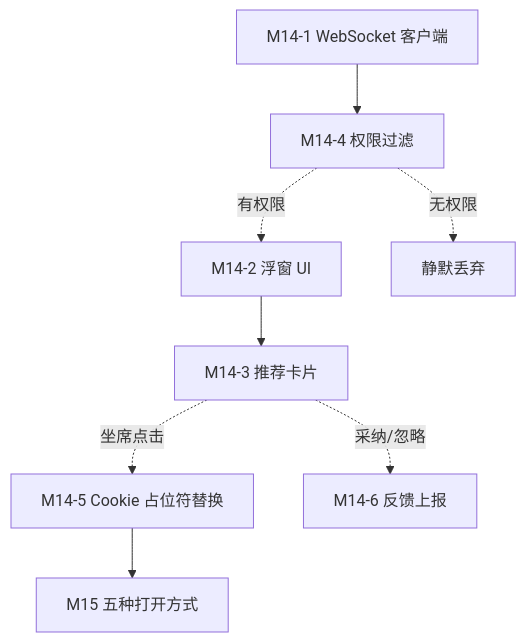
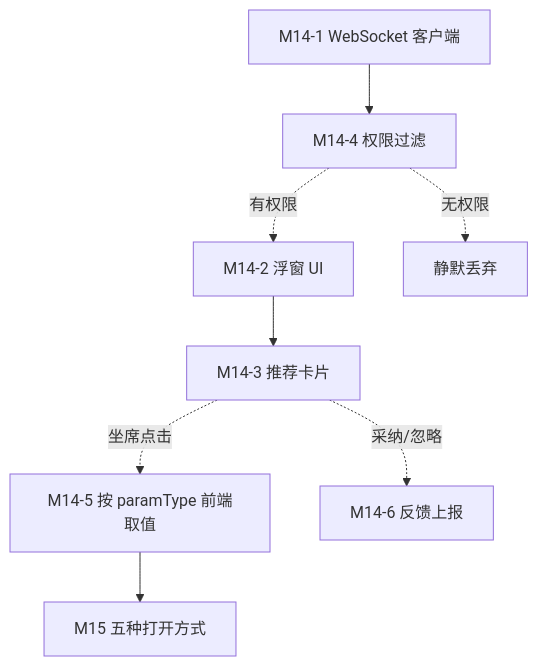
One commit to qzz617/copilot changed diagram 16 of 24 in cs-copilot-service/docs/dd-v1.2.md. Above: the diagram before and after it, drawn with Mermaid. The commit also changed other lines of this file and 12 other files, not shown here.

````diff
--- a/cs-copilot-service/docs/dd-v1.2.md
+++ b/cs-copilot-service/docs/dd-v1.2.md
@@ -2234,18 +2205,18 @@
 ```mermaid
 graph TB
     WS[M14-1 WebSocket 客户端]
     PERM[M14-4 权限过滤]
     UI[M14-2 浮窗 UI]
     CARD[M14-3 推荐卡片]
-    COOKIE[M14-5 Cookie 占位符替换]
+    COOKIE[M14-5 按 paramType 前端取值]
     FEEDBACK[M14-6 反馈上报]
     OPEN[M15 五种打开方式]
 
     WS --> PERM
     PERM -.有权限.-> UI
     PERM -.无权限.-> SKIP[静默丢弃]
     UI --> CARD
     CARD -.坐席点击.-> COOKIE
     COOKIE --> OPEN
     CARD -.采纳/忽略.-> FEEDBACK
 ```
````
